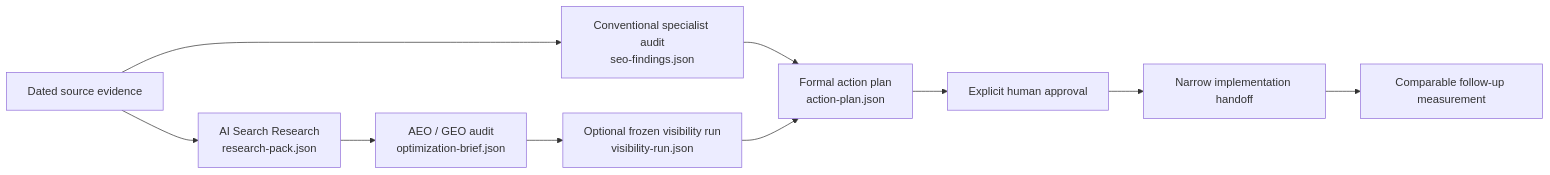
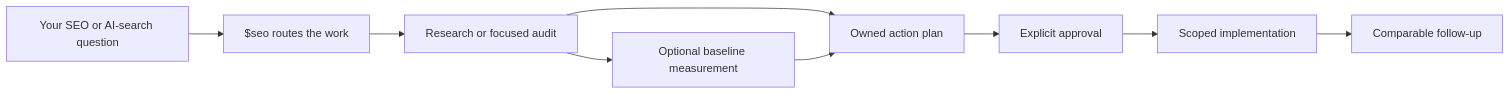
One commit to oegeyilmaz9/seo-aeo-geo-ultimate changed the diagram in README.md. Above: the diagram before and after it, drawn with Mermaid. The commit also changed other lines of this file and 5 other files, not shown here.

````diff
--- a/README.md
+++ b/README.md
@@ -33,12 +69,11 @@
 ```mermaid
 flowchart LR
-  R["Dated source evidence"] --> AR["AI Search Research\nresearch-pack.json"]
-  AR --> AG["AEO / GEO audit\noptimization-brief.json"]
-  R --> CS["Conventional specialist audit\nseo-findings.json"]
-  AG --> VM["Optional frozen visibility run\nvisibility-run.json"]
-  CS --> AP["Formal action plan\naction-plan.json"]
-  VM --> AP
-  AP --> AU["Explicit human approval"]
-  AU --> IM["Narrow implementation handoff"]
-  IM --> FU["Comparable follow-up measurement"]
+  Q["Your SEO or AI-search question"] --> R["$seo routes the work"]
+  R --> RS["Research or focused audit"]
+  RS --> M["Optional baseline measurement"]
+  RS --> P["Owned action plan"]
+  M --> P
+  P --> A["Explicit approval"]
+  A --> I["Scoped implementation"]
+  I --> C["Comparable follow-up"]
 ```
````
